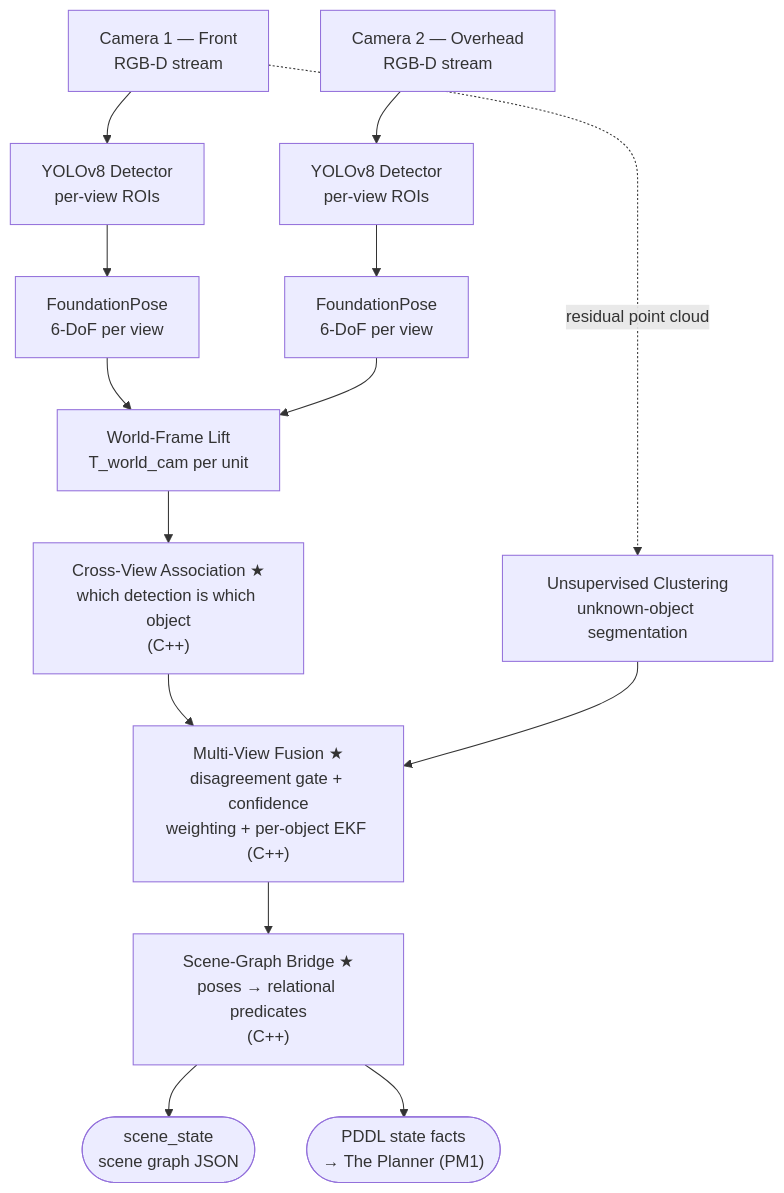
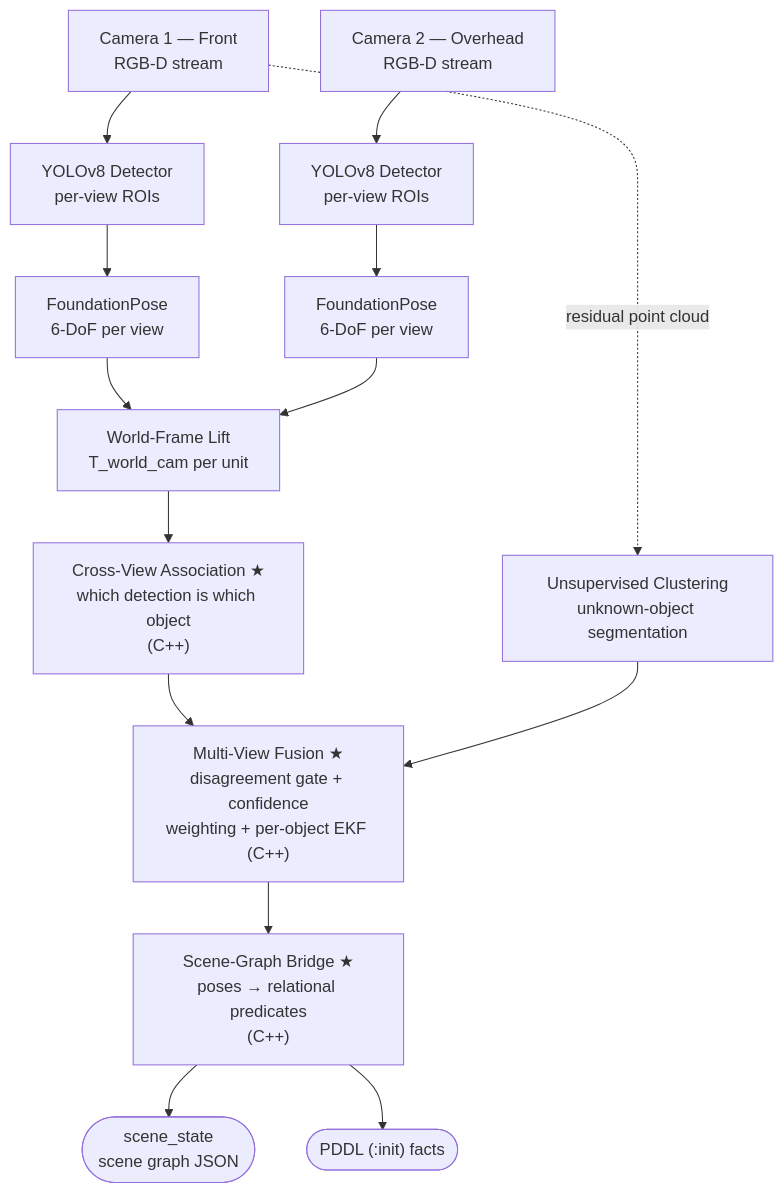
Before and after one commit to chanwaijye/PRS-PM-2026-09-15-AIS08-GRP-12-TheEyes: the diagram in ProjectReport/PRS-PM-2026-AIS08-GRP-12-TheEyes-Proposal-DRAFT.md, drawn with Mermaid. The commit also changed other lines of this file and 1 other file, not shown here.

````diff
--- a/ProjectReport/PRS-PM-2026-AIS08-GRP-12-TheEyes-Proposal-DRAFT.md
+++ b/ProjectReport/PRS-PM-2026-AIS08-GRP-12-TheEyes-Proposal-DRAFT.md
@@ -141,20 +141,20 @@
 ```mermaid
 flowchart TD
     C1["Camera 1 — Front<BR>RGB-D stream"] --> D1["YOLOv8 Detector<BR>per-view ROIs"]
     C2["Camera 2 — Overhead<BR>RGB-D stream"] --> D2["YOLOv8 Detector<BR>per-view ROIs"]
 
     D1 --> P1["FoundationPose<BR>6-DoF per view"]
     D2 --> P2["FoundationPose<BR>6-DoF per view"]
 
     C1 -. residual point cloud .-> U["Unsupervised Clustering<BR>unknown-object segmentation"]
 
     P1 & P2 --> W["World-Frame Lift<BR>T_world_cam per unit"]
     W --> A["Cross-View Association ★<BR>which detection is which object<BR>(C++)"]
     A --> F["Multi-View Fusion ★<BR>disagreement gate + confidence<BR>weighting + per-object EKF (C++)"]
     U --> F
 
     F --> S["Scene-Graph Bridge ★<BR>poses → relational predicates<BR>(C++)"]
 
     S --> O1(["scene_state<BR>scene graph JSON"])
-    S --> O2(["PDDL state facts<BR>→ The Planner (PM1)"])
+    S --> O2(["PDDL (:init) facts"])
 ```
````
